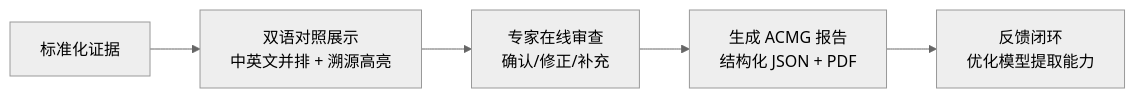
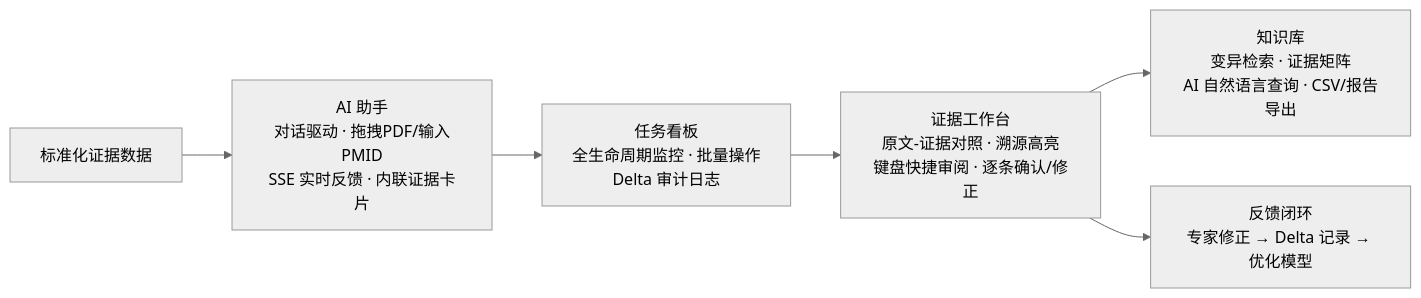
Before and after one commit to lanshi17/LinguaSeeker: the diagram in docs/diagrams/phase4.mmd, drawn with Mermaid (neutral theme). The commit also changed 1 other file, not shown here.

```diff
--- a/docs/diagrams/phase4.mmd
+++ b/docs/diagrams/phase4.mmd
@@ -1,5 +1,6 @@
 flowchart LR
-    A["标准化证据"] --> B["双语对照展示<br/>中英文并排 + 溯源高亮"]
-    B --> C["专家在线审查<br/>确认/修正/补充"]
-    C --> D["生成 ACMG 报告<br/>结构化 JSON + PDF"]
-    D --> E["反馈闭环<br/>优化模型提取能力"]
+    A["标准化证据数据"] --> B["AI 助手<br/>对话驱动 · 拖拽PDF/输入PMID<br/>SSE 实时反馈 · 内联证据卡片"]
+    B --> C["任务看板<br/>全生命周期监控 · 批量操作<br/>Delta 审计日志"]
+    C --> D["证据工作台<br/>原文-证据对照 · 溯源高亮<br/>键盘快捷审阅 · 逐条确认/修正"]
+    D --> E["知识库<br/>变异检索 · 证据矩阵<br/>AI 自然语言查询 · CSV/报告导出"]
+    D --> F["反馈闭环<br/>专家修正 → Delta 记录 → 优化模型"]
```
